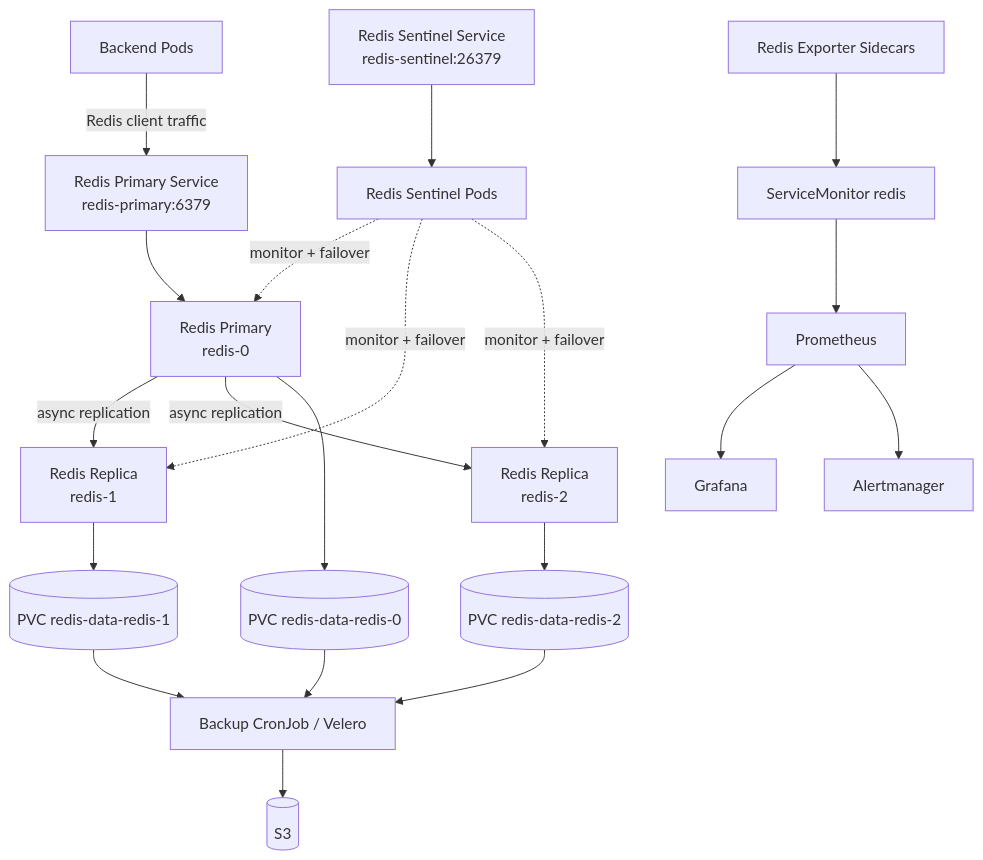
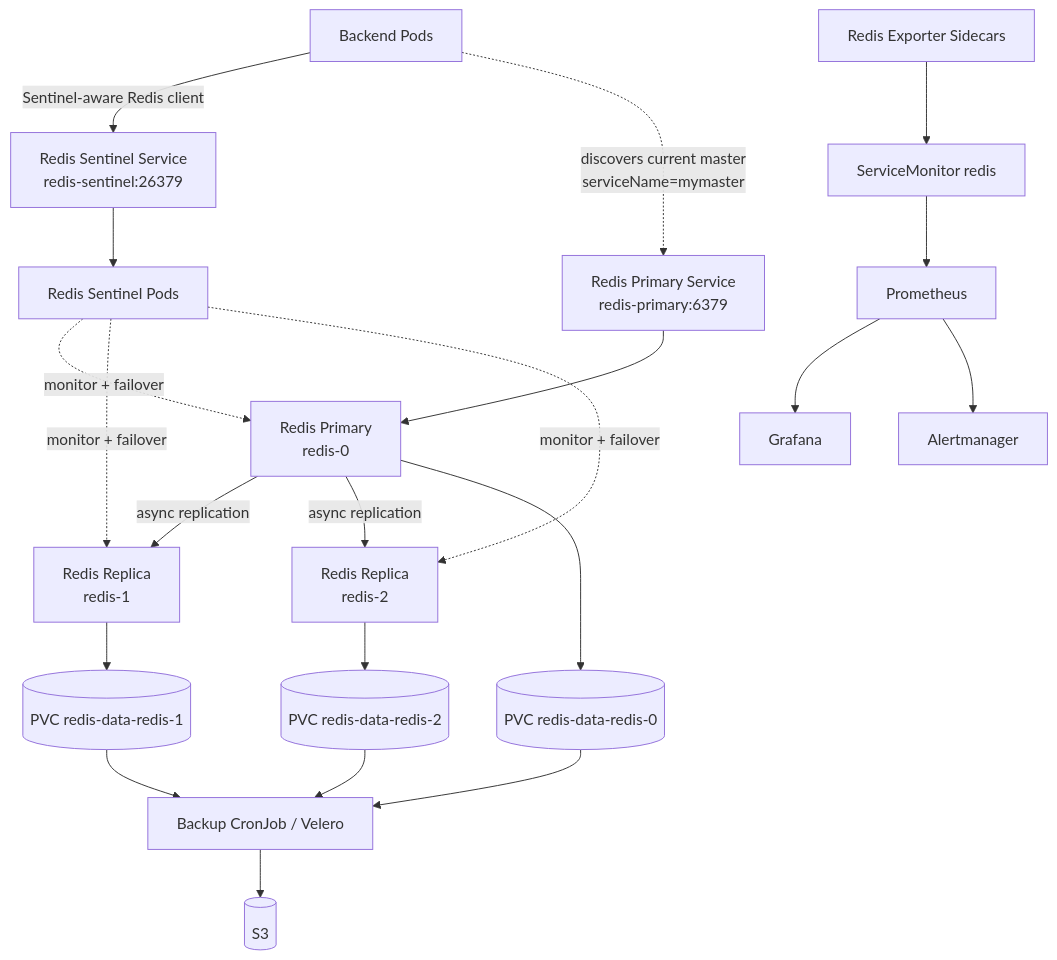
One commit to the-khiem7/eks-cicd-argocd-sec-monitor changed the diagram in k8s/redis/README.md. Above: the diagram before and after it, drawn with Mermaid. The commit also changed other lines of this file and 3 other files, not shown here.

Commit message:
feat: update Redis configuration to use Sentinel for improved failover and connection management

````diff
--- a/k8s/redis/README.md
+++ b/k8s/redis/README.md
@@ -7,27 +7,28 @@
 ```mermaid
 flowchart TB
-    backend[Backend Pods] -->|Redis client traffic| primarySvc[Redis Primary Service<br/>redis-primary:6379]
+    backend[Backend Pods] -->|Sentinel-aware Redis client| sentinelSvc[Redis Sentinel Service<br/>redis-sentinel:26379]
+    backend -. discovers current master<br/>serviceName=mymaster .-> primarySvc[Redis Primary Service<br/>redis-primary:6379]
 
     primarySvc --> primary[Redis Primary<br/>redis-0]
     primary -->|async replication| replica1[Redis Replica<br/>redis-1]
     primary -->|async replication| replica2[Redis Replica<br/>redis-2]
 
-    sentinelSvc[Redis Sentinel Service<br/>redis-sentinel:26379] --> sentinelPods[Redis Sentinel Pods]
+    sentinelSvc --> sentinelPods[Redis Sentinel Pods]
     sentinelPods -. monitor + failover .-> primary
     sentinelPods -. monitor + failover .-> replica1
     sentinelPods -. monitor + failover .-> replica2
 
     primary --> pvc0[(PVC redis-data-redis-0)]
     replica1 --> pvc1[(PVC redis-data-redis-1)]
     replica2 --> pvc2[(PVC redis-data-redis-2)]
 
     exporter[Redis Exporter Sidecars] --> serviceMonitor[ServiceMonitor redis]
     serviceMonitor --> prometheus[Prometheus]
     prometheus --> grafana[Grafana]
     prometheus --> alertmanager[Alertmanager]
 
     pvc0 --> backup[Backup CronJob / Velero]
     pvc1 --> backup
     pvc2 --> backup
     backup --> s3[(S3)]
 ```
````
